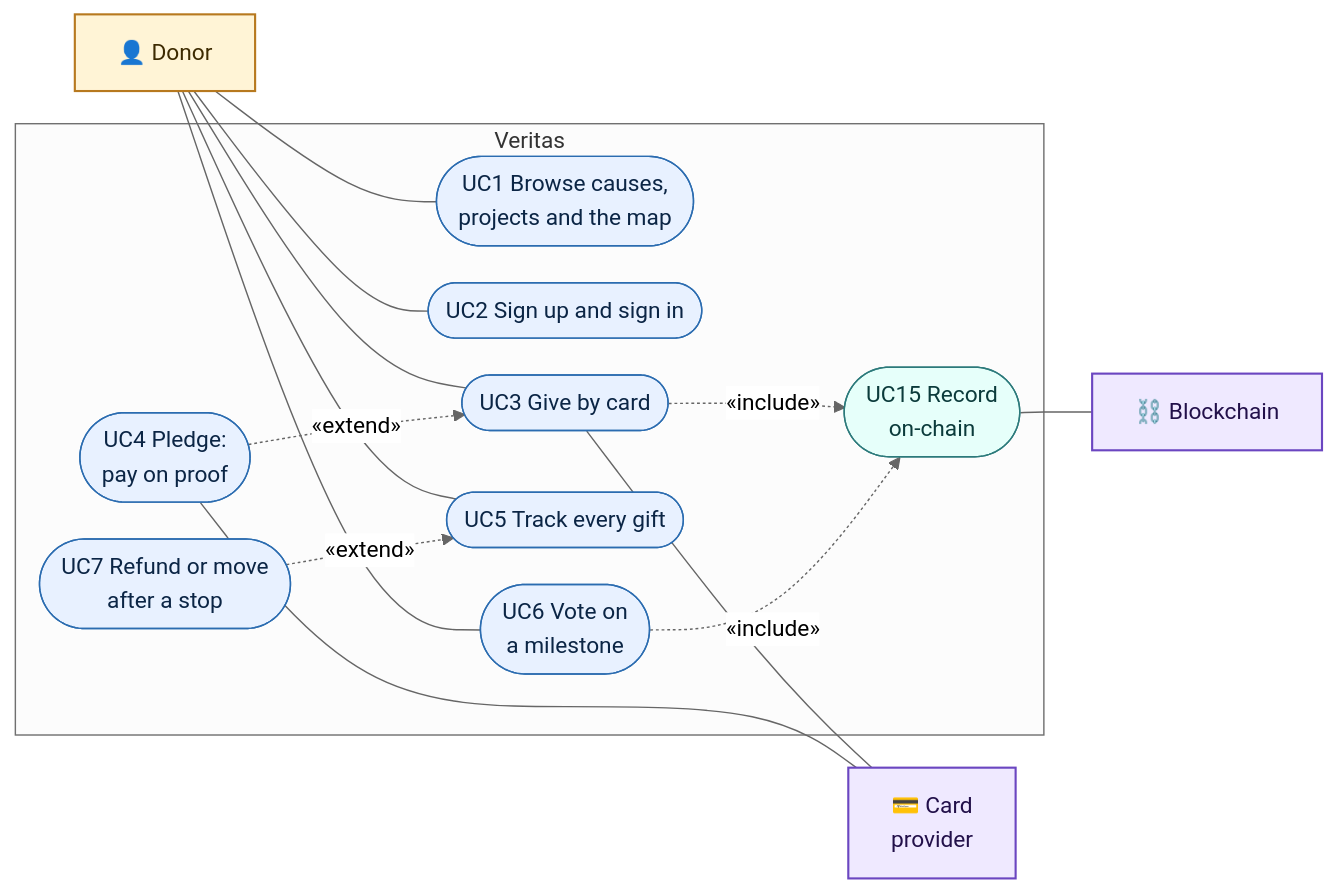
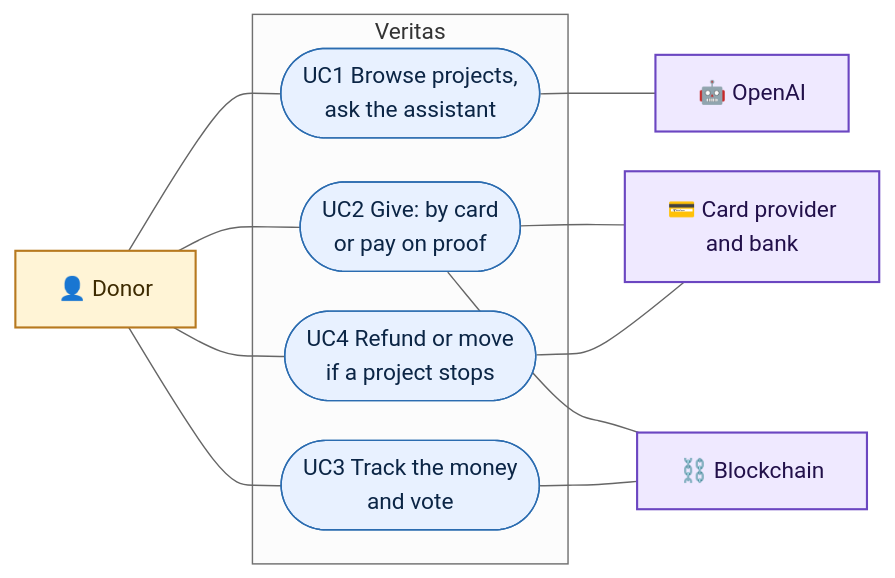
One commit to eminroot/veritas changed the diagram in docs/diagrams/use-cases-donors.md. Above: the diagram before and after it, drawn with Mermaid (neutral theme). The commit also changed 50 other files, not shown here.

First line of the commit message:
Readme: a high-level view of the system, in fewer and smaller diagrams

````diff
--- a/docs/diagrams/use-cases-donors.md
+++ b/docs/diagrams/use-cases-donors.md
@@ -5,31 +5,26 @@
 ```mermaid
-%%{init: {"flowchart": {"rankSpacing": 34, "nodeSpacing": 26}}}%%
+%%{init: {"flowchart": {"rankSpacing": 40, "nodeSpacing": 28}}}%%
 flowchart LR
     classDef actor fill:#FFF4D6,stroke:#B7791F,color:#3D2A00,stroke-width:1.5px
     classDef uc fill:#E8F1FF,stroke:#2B6CB0,color:#0B2545
     classDef shared fill:#E6FFFA,stroke:#2C7A7B,color:#0B3B3B
     classDef system fill:#EFE9FF,stroke:#6B46C1,color:#22104A,stroke-width:1.5px
 
     donor["👤 Donor"]:::actor
     subgraph veritas["Veritas"]
-        u1(["UC1 Browse causes,<br/>projects and the map"]):::uc
-        u2(["UC2 Sign up and sign in"]):::uc
-        u3(["UC3 Give by card"]):::uc
-        u4(["UC4 Pledge:<br/>pay on proof"]):::uc
-        u5(["UC5 Track every gift"]):::uc
-        u6(["UC6 Vote on<br/>a milestone"]):::uc
-        u7(["UC7 Refund or move<br/>after a stop"]):::uc
-        u15(["UC15 Record<br/>on-chain"]):::shared
+        u1(["UC1 Browse projects,<br/>ask the assistant"]):::uc
+        u2(["UC2 Give: by card<br/>or pay on proof"]):::uc
+        u3(["UC3 Track the money<br/>and vote"]):::uc
+        u4(["UC4 Refund or move<br/>if a project stops"]):::uc
     end
-    card["💳 Card<br/>provider"]:::system
+    ai["🤖 OpenAI"]:::system
+    pay["💳 Card provider<br/>and bank"]:::system
     chain["⛓️ Blockchain"]:::system
 
-    donor --- u1 & u2 & u3 & u5 & u6
-    u4 -. "«extend»" .-> u3
-    u7 -. "«extend»" .-> u5
-    u3 -. "«include»" .-> u15
-    u6 -. "«include»" .-> u15
-    u3 --- card
-    u4 --- card
-    u15 --- chain
+    donor --- u1 & u2 & u3 & u4
+    u1 --- ai
+    u2 --- pay
+    u4 --- pay
+    u2 --- chain
+    u3 --- chain
 ```
````
